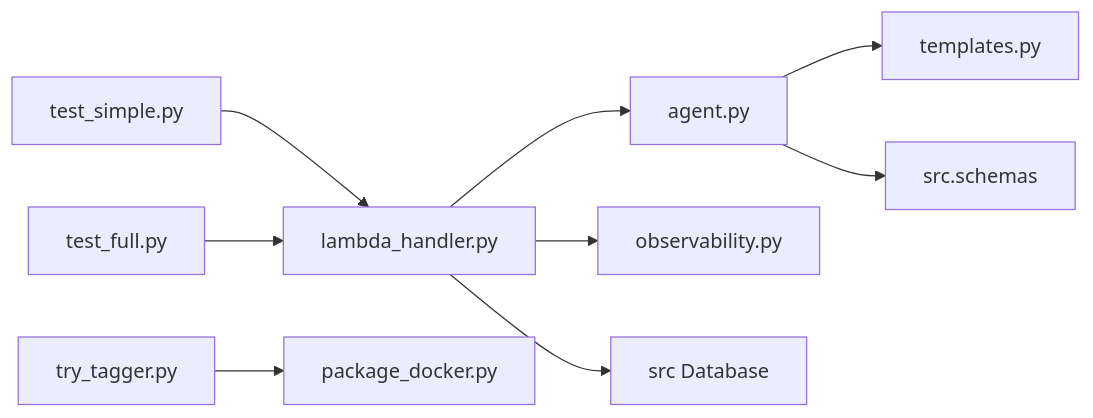
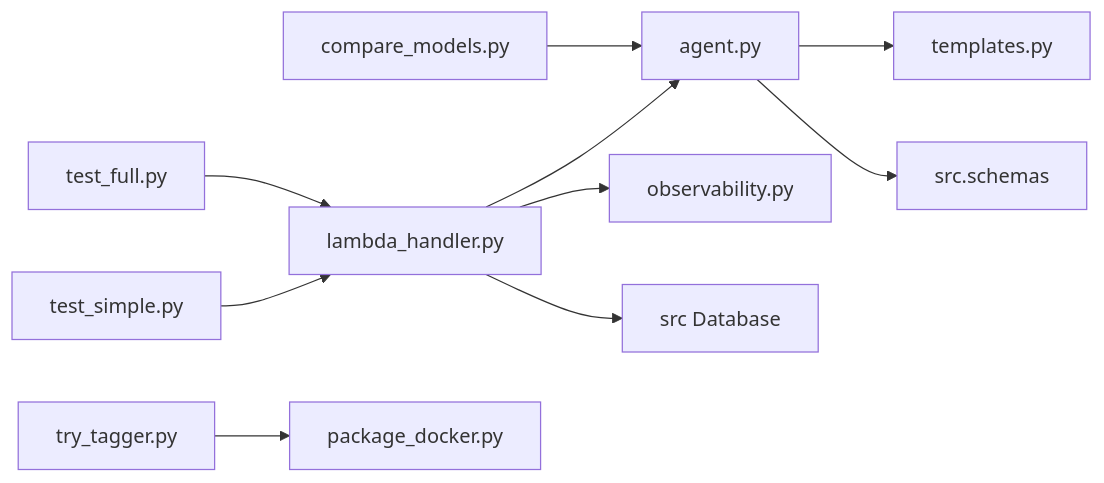
The third of 3 diagrams in backend/tagger/README.md (Sunny-sunnyy/alex), drawn with Mermaid before and after one commit. The commit also changed other lines of this file and 43 other files, not shown here.

````diff
--- a/backend/tagger/README.md
+++ b/backend/tagger/README.md
@@ -124,11 +98,12 @@
 ```mermaid
 graph LR
     LH[lambda_handler.py] --> AG[agent.py]
     LH --> OB[observability.py]
     LH --> DB[src Database]
     AG --> TP[templates.py]
     AG --> DBS[src.schemas]
     TS[test_simple.py] --> LH
     TF[test_full.py] --> LH
+    CMP[compare_models.py] --> AG
     TRY[try_tagger.py] --> PKG[package_docker.py]
 ```
````
